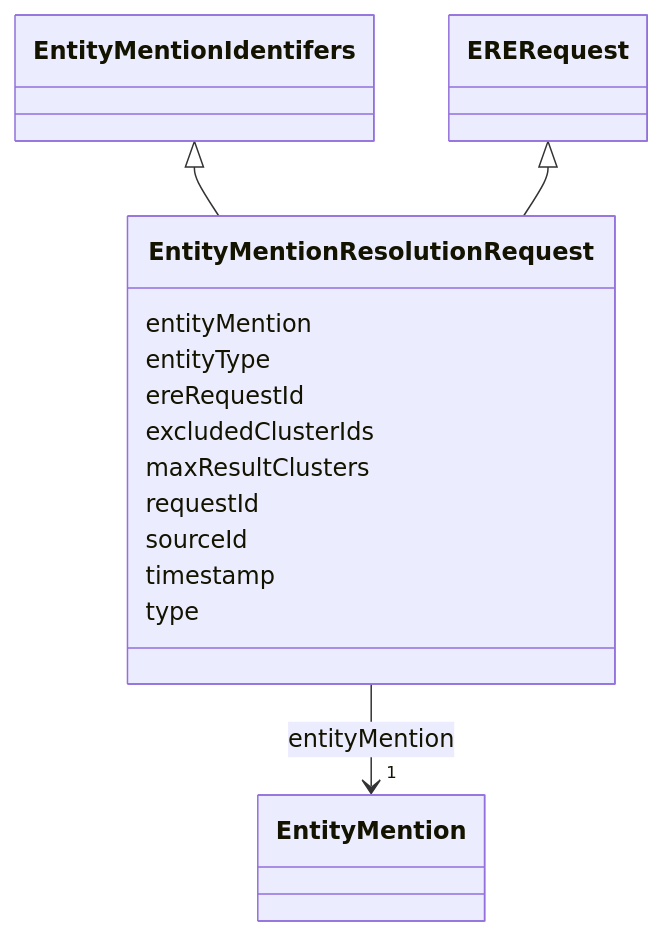
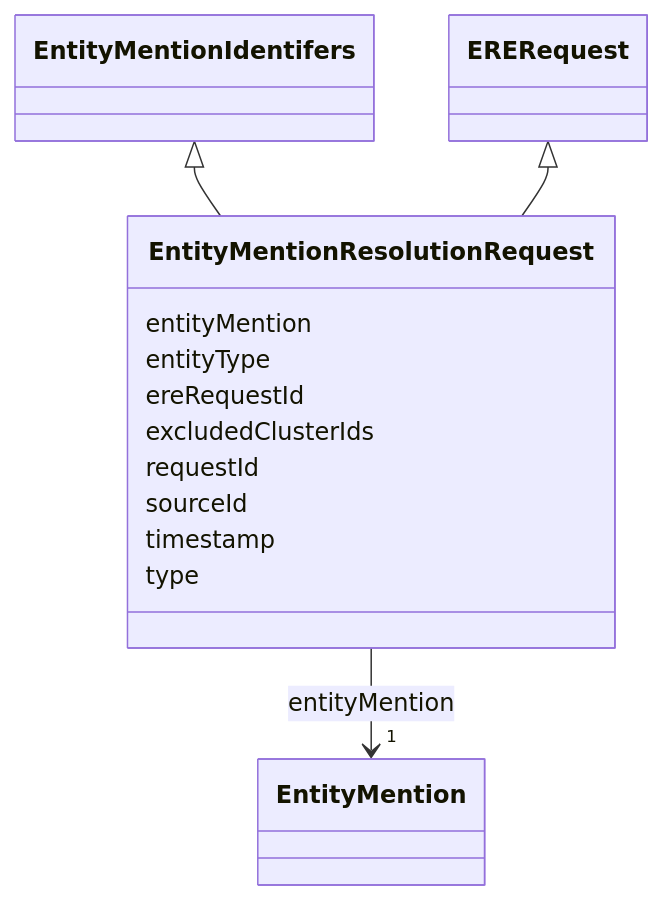
Before and after one commit to OP-TED/entity-resolution-spec: the diagram in docs/schema/EntityMentionResolutionRequest.md, drawn with Mermaid. The commit also changed other lines of this file and 20 other files, not shown here.

````diff
--- a/docs/schema/EntityMentionResolutionRequest.md
+++ b/docs/schema/EntityMentionResolutionRequest.md
@@ -20,38 +20,36 @@
 ```mermaid
  classDiagram
     class EntityMentionResolutionRequest
     click EntityMentionResolutionRequest href "../EntityMentionResolutionRequest/"
       EntityMentionIdentifers <|-- EntityMentionResolutionRequest
         click EntityMentionIdentifers href "../EntityMentionIdentifers/"
       ERERequest <|-- EntityMentionResolutionRequest
         click ERERequest href "../ERERequest/"
       
       EntityMentionResolutionRequest : entityMention
         
           
     
         
         
         EntityMentionResolutionRequest --> "1" EntityMention : entityMention
         click EntityMention href "../EntityMention/"
     
 
         
       EntityMentionResolutionRequest : entityType
         
       EntityMentionResolutionRequest : ereRequestId
         
       EntityMentionResolutionRequest : excludedClusterIds
         
-      EntityMentionResolutionRequest : maxResultClusters
-        
       EntityMentionResolutionRequest : requestId
         
       EntityMentionResolutionRequest : sourceId
         
       EntityMentionResolutionRequest : timestamp
         
       EntityMentionResolutionRequest : type
         
       
 ```
````
